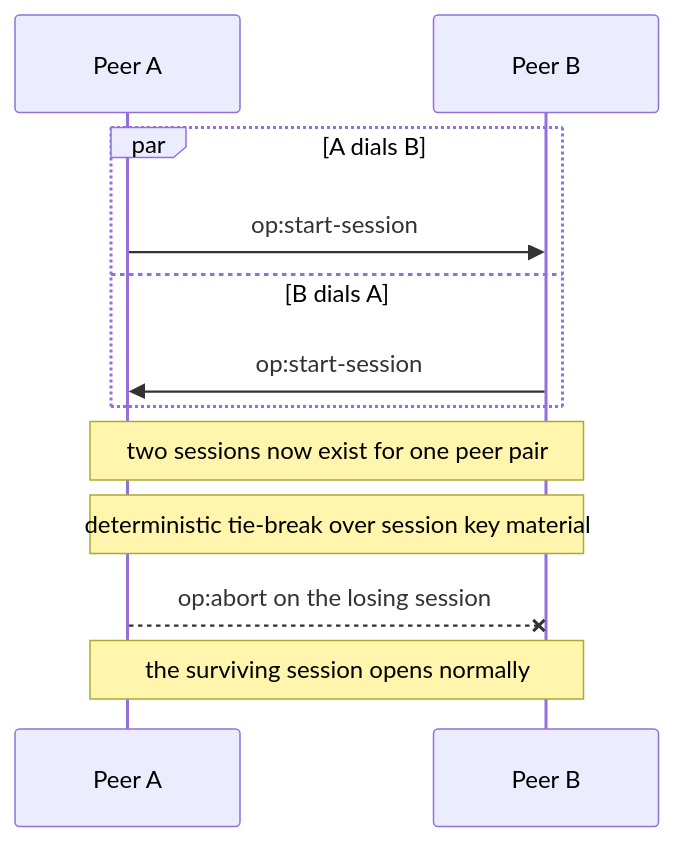
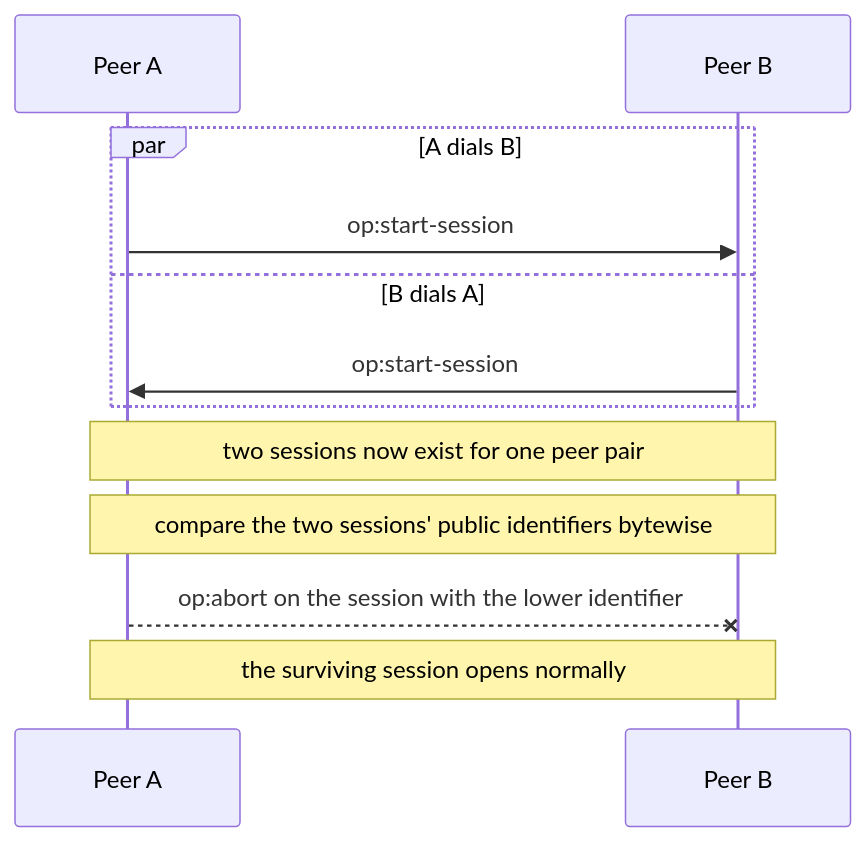
One commit to glowcap-org/glowcap changed the fourth of 6 diagrams in docs/protocol-diagrams/01-session-lifecycle.md. Above: the diagram before and after it, drawn with Mermaid. The commit also changed other lines of this file and 1023 other files, not shown here.

````diff
--- a/docs/protocol-diagrams/01-session-lifecycle.md
+++ b/docs/protocol-diagrams/01-session-lifecycle.md
@@ -74,14 +73,14 @@
 ```mermaid
 sequenceDiagram
     participant A as Peer A
     participant B as Peer B
     par A dials B
         A->>B: op:start-session
     and B dials A
         B->>A: op:start-session
     end
     Note over A,B: two sessions now exist for one peer pair
-    Note over A,B: deterministic tie-break over session key material
-    A--xB: op:abort on the losing session
+    Note over A,B: compare the two sessions' public identifiers bytewise
+    A--xB: op:abort on the session with the lower identifier
     Note over A,B: the surviving session opens normally
 ```
````
